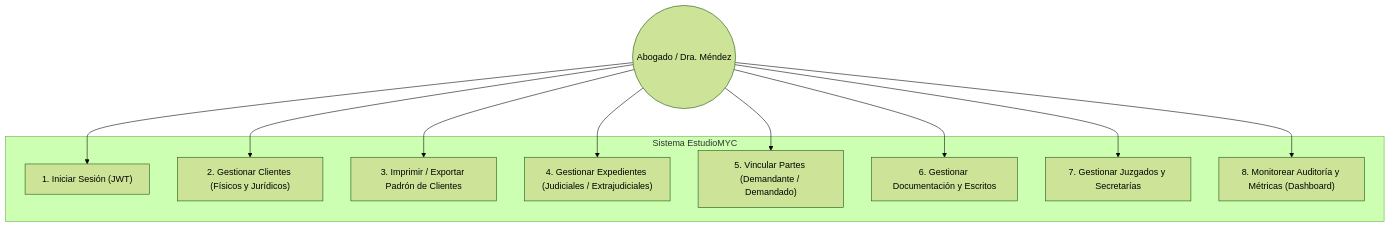
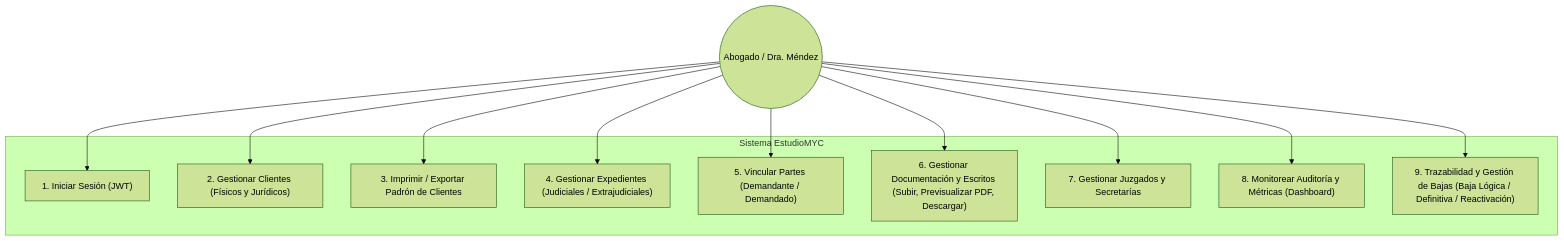
The second of 2 diagrams in README.md (JuliaDaniR/estudio-juridico-myc), drawn with Mermaid (forest theme) before and after one commit. The commit also changed other lines of this file and 3 other files, not shown here.

````diff
--- a/README.md
+++ b/README.md
@@ -117,24 +121,26 @@
 ```mermaid
 graph TD
     Abogado((Abogado / Dra. Méndez))
 
     subgraph "Sistema EstudioMYC"
         CU1["1. Iniciar Sesión (JWT)"]
         CU2["2. Gestionar Clientes (Físicos y Jurídicos)"]
         CU3["3. Imprimir / Exportar Padrón de Clientes"]
         CU4["4. Gestionar Expedientes (Judiciales / Extrajudiciales)"]
         CU5["5. Vincular Partes (Demandante / Demandado)"]
-        CU6["6. Gestionar Documentación y Escritos"]
+        CU6["6. Gestionar Documentación y Escritos (Subir, Previsualizar PDF, Descargar)"]
         CU7["7. Gestionar Juzgados y Secretarías"]
         CU8["8. Monitorear Auditoría y Métricas (Dashboard)"]
+        CU9["9. Trazabilidad y Gestión de Bajas (Baja Lógica / Definitiva / Reactivación)"]
     end
 
     Abogado --> CU1
     Abogado --> CU2
     Abogado --> CU3
     Abogado --> CU4
     Abogado --> CU5
     Abogado --> CU6
     Abogado --> CU7
     Abogado --> CU8
+    Abogado --> CU9
 ```
````
